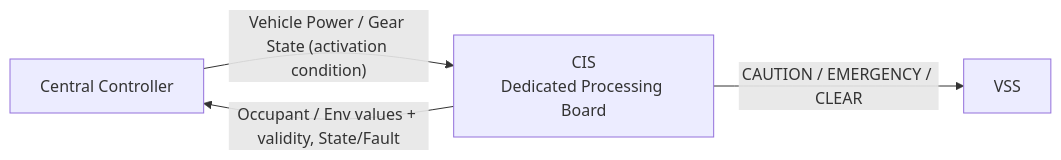
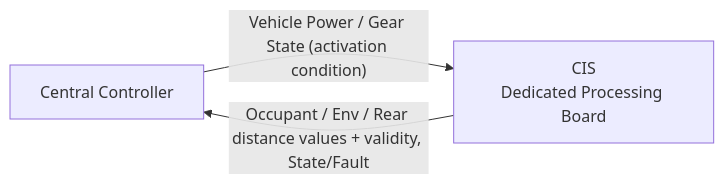
One commit to vehicle-domain-control-system/integrated-vehicle-control changed the first of 2 diagrams in docs/requirements/CIS/03_CIS_LOGICAL_INTERFACE_NEEDS_DRAFT.md. Above: the diagram before and after it, drawn with Mermaid. The commit also changed other lines of this file and 6 other files, not shown here.

````diff
--- a/docs/requirements/CIS/03_CIS_LOGICAL_INTERFACE_NEEDS_DRAFT.md
+++ b/docs/requirements/CIS/03_CIS_LOGICAL_INTERFACE_NEEDS_DRAFT.md
@@ -10,10 +10,8 @@
 ```mermaid
 flowchart LR
     CENTRAL["Central Controller"]
     CIS["CIS<br/>Dedicated Processing Board"]
-    VSSN["VSS"]
 
     CENTRAL -->|"Vehicle Power / Gear State (activation condition)"| CIS
-    CIS -->|"Occupant / Env values + validity, State/Fault"| CENTRAL
-    CIS -->|"CAUTION / EMERGENCY / CLEAR"| VSSN
+    CIS -->|"Occupant / Env / Rear distance values + validity, State/Fault"| CENTRAL
 ```
````
